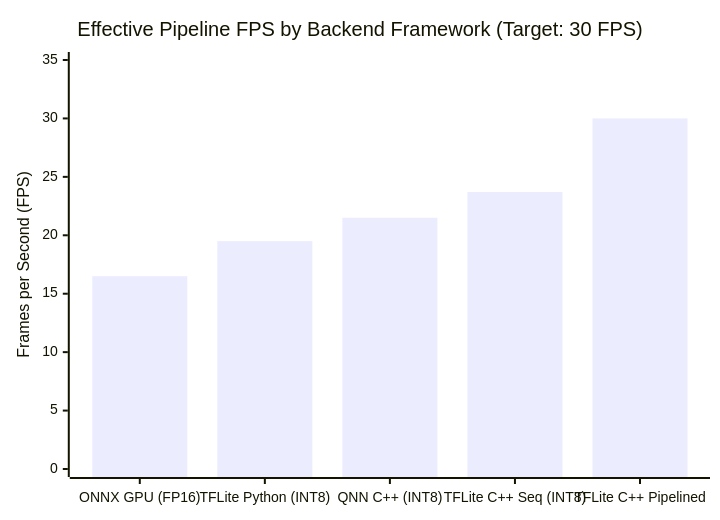
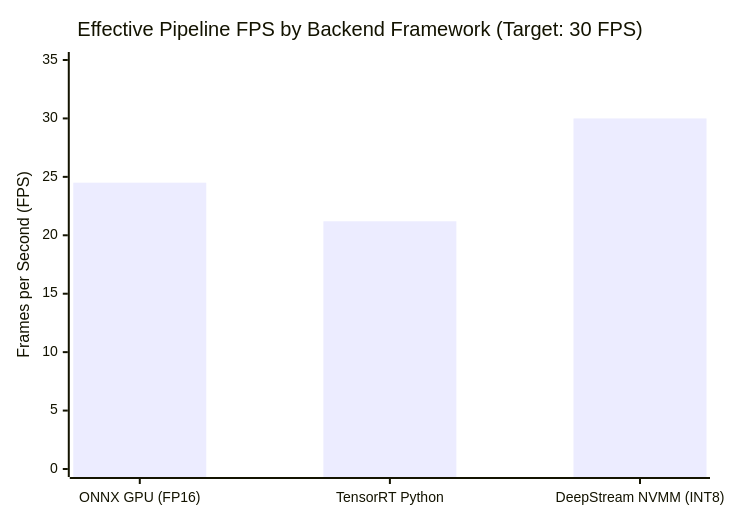
Before and after one commit to zok213/DAT1: the first of 5 diagrams in README.md, drawn with Mermaid. The commit also changed other lines of this file and 3 other files, not shown here.

Commit message:
feat: Adapt optimization suite for Jetson Orin with NVMM Zero-Copy and TensorRT

````diff
--- a/README.md
+++ b/README.md
@@ -18,7 +16,7 @@
 ```mermaid
 xychart-beta
     title "Effective Pipeline FPS by Backend Framework (Target: 30 FPS)"
-    x-axis ["ONNX GPU (FP16)", "TFLite Python (INT8)", "QNN C++ (INT8)", "TFLite C++ Seq (INT8)", "TFLite C++ Pipelined"]
+    x-axis ["ONNX GPU (FP16)", "TensorRT Python", "DeepStream NVMM (INT8)"]
     y-axis "Frames per Second (FPS)" 0 --> 35
-    bar [16.5, 19.5, 21.5, 23.7, 30.0]
+    bar [24.5, 21.2, 30.0]
 ```
````
